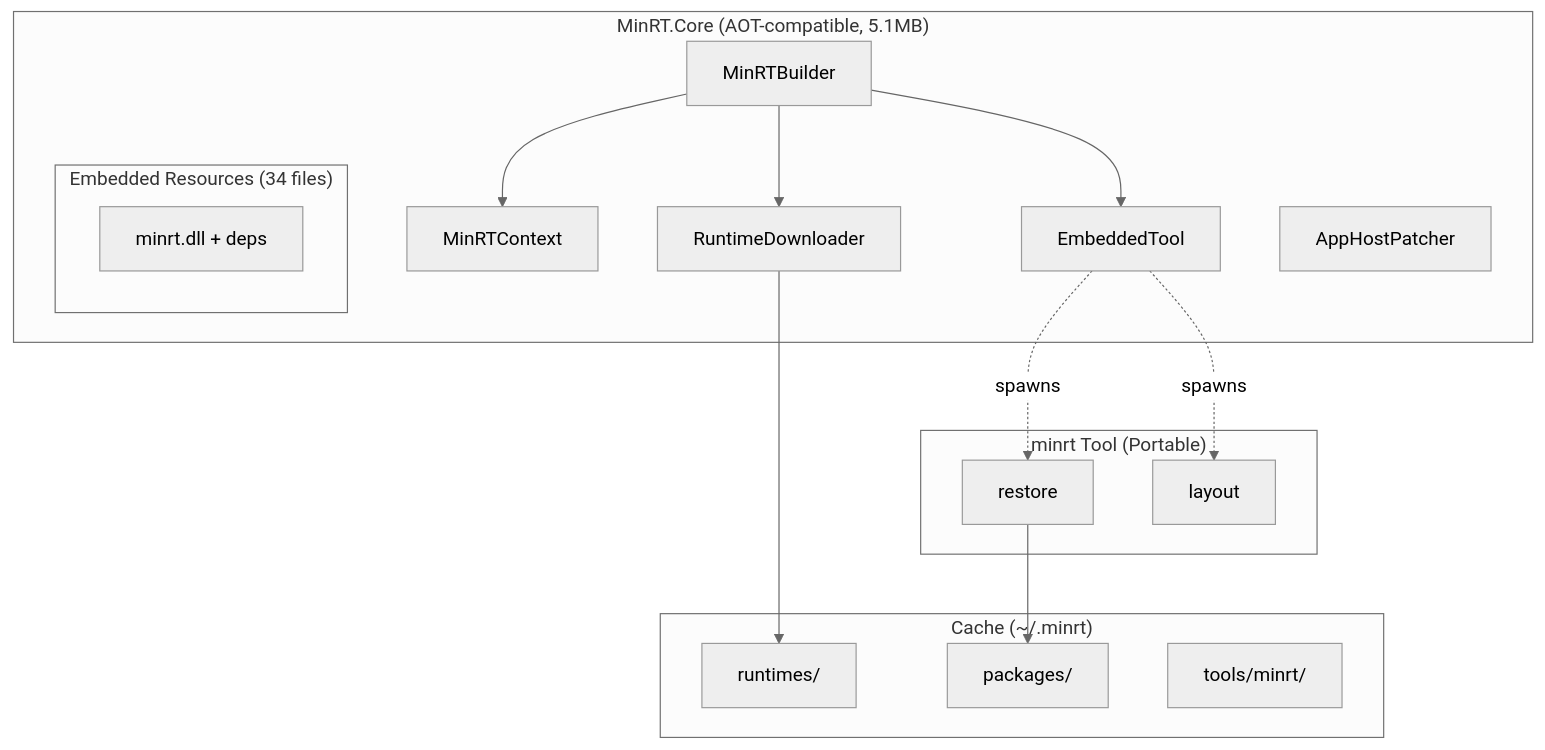
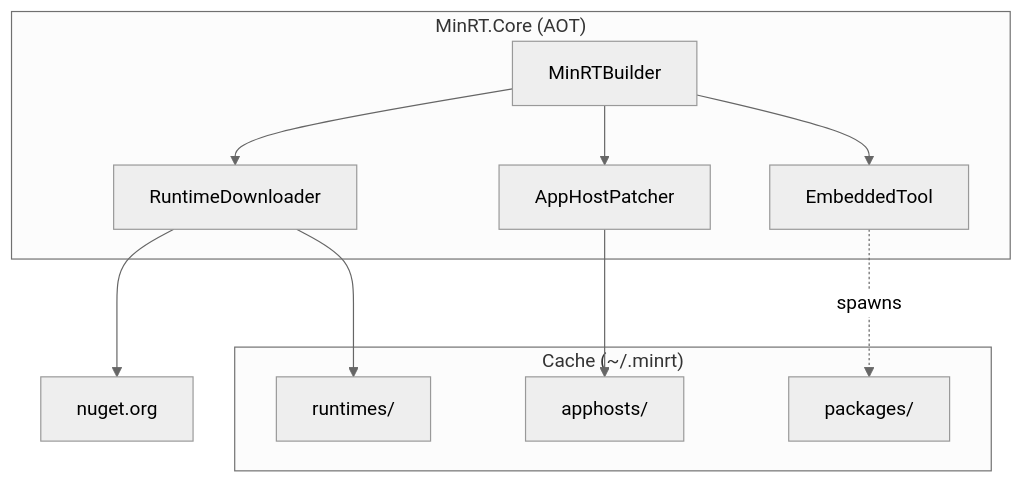
The diagram in SPEC.md (devlinj678/pro-min-RT), drawn with Mermaid (neutral theme) before and after one commit. The commit also changed other lines of this file, not shown here.

````diff
--- a/SPEC.md
+++ b/SPEC.md
@@ -11,33 +50,25 @@
 ```mermaid
 graph TB
-    subgraph "MinRT.Core (AOT-compatible, 5.1MB)"
+    subgraph "MinRT.Core (AOT)"
         Builder[MinRTBuilder]
-        Context[MinRTContext]
-        Embedded[EmbeddedTool]
         Downloader[RuntimeDownloader]
         Patcher[AppHostPatcher]
-        
-        subgraph "Embedded Resources (34 files)"
-            MinrtDll[minrt.dll + deps]
-        end
-    end
-
-    subgraph "minrt Tool (Portable)"
-        RestoreCmd[restore]
-        LayoutCmd[layout]
+        Embedded[EmbeddedTool]
     end
 
     subgraph "Cache (~/.minrt)"
         Runtimes[runtimes/]
         Packages[packages/]
-        Tools[tools/minrt/]
+        AppHosts[apphosts/]
     end
 
+    NuGet[nuget.org]
+
+    Builder --> Downloader
+    Builder --> Patcher
     Builder --> Embedded
-    Builder --> Downloader
-    Builder --> Context
-    Embedded -.->|spawns| RestoreCmd
-    Embedded -.->|spawns| LayoutCmd
+    Downloader --> NuGet
     Downloader --> Runtimes
-    RestoreCmd --> Packages
+    Embedded -.->|spawns| Packages
+    Patcher --> AppHosts
 ```
````
